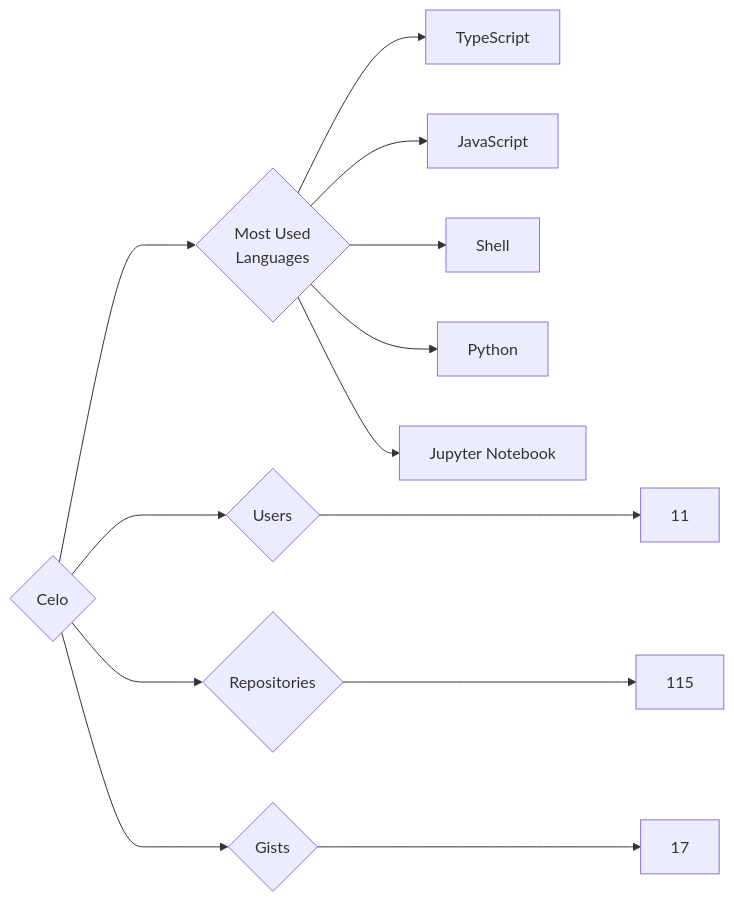
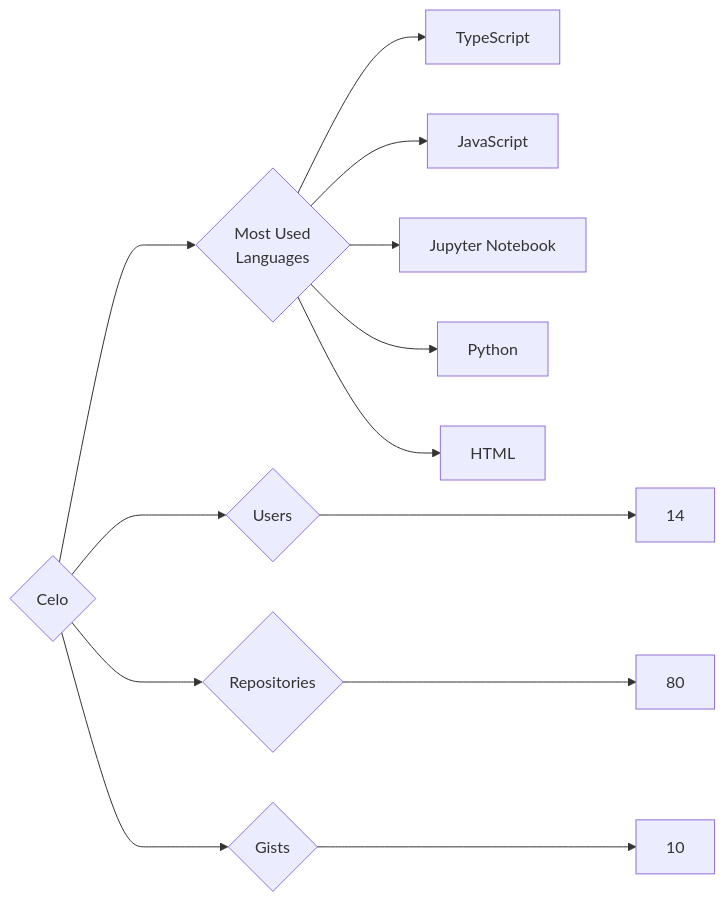
Before and after one commit to trickest/insiders: the diagram in targets/Celo/README.md, drawn with Mermaid. The commit also changed 772 other files, not shown here.

````diff
--- a/targets/Celo/README.md
+++ b/targets/Celo/README.md
@@ -3,13 +3,13 @@
 ```mermaid
 graph LR
 COMPANY_NAME{Celo}
-COMPANY_NAME ---> U{Users} ---> UN[11]
-COMPANY_NAME ---> R{Repositories} ---> RN[115]
-COMPANY_NAME ---> G{Gists} ---> GN[17]
+COMPANY_NAME ---> U{Users} ---> UN[14]
+COMPANY_NAME ---> R{Repositories} ---> RN[80]
+COMPANY_NAME ---> G{Gists} ---> GN[10]
 COMPANY_NAME ---> ML{Most Used<br>Languages}
 ML --> TypeScript[TypeScript]
 ML --> JavaScript[JavaScript]
-ML --> Shell[Shell]
+ML --> Jupyter_Notebook[Jupyter Notebook]
 ML --> Python[Python]
-ML --> Jupyter_Notebook[Jupyter Notebook]
+ML --> HTML[HTML]
 ```
````
